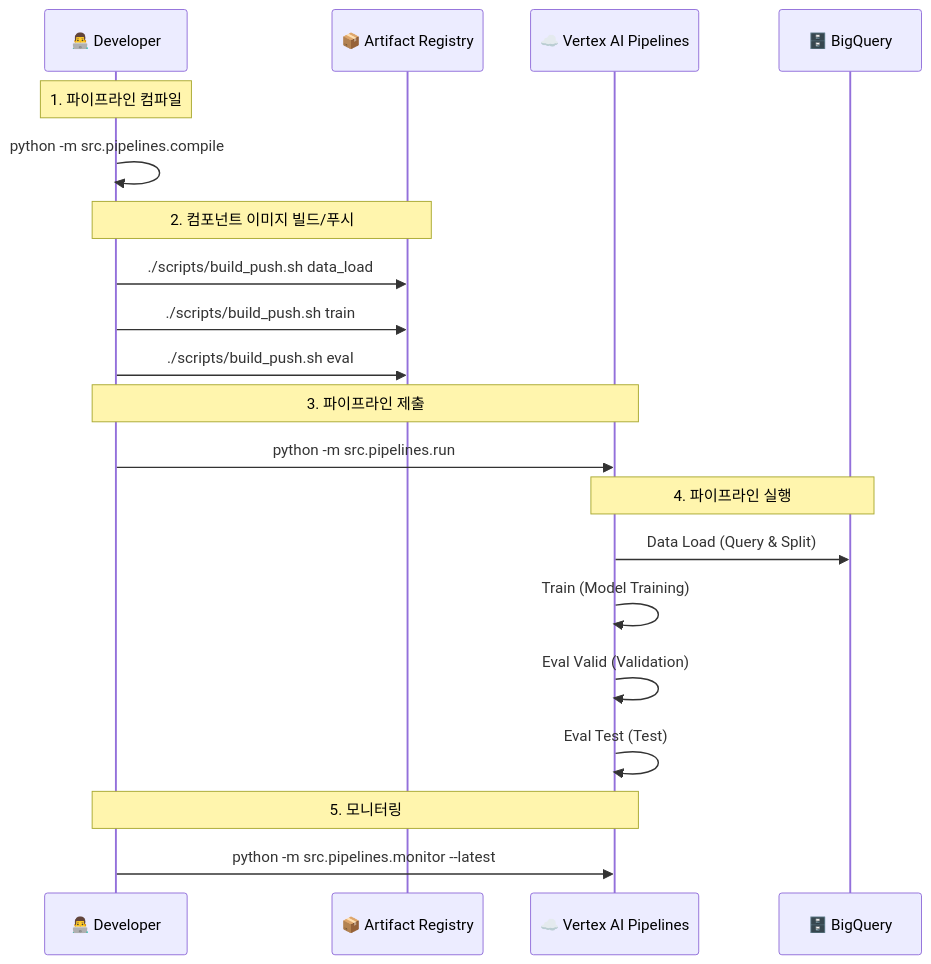
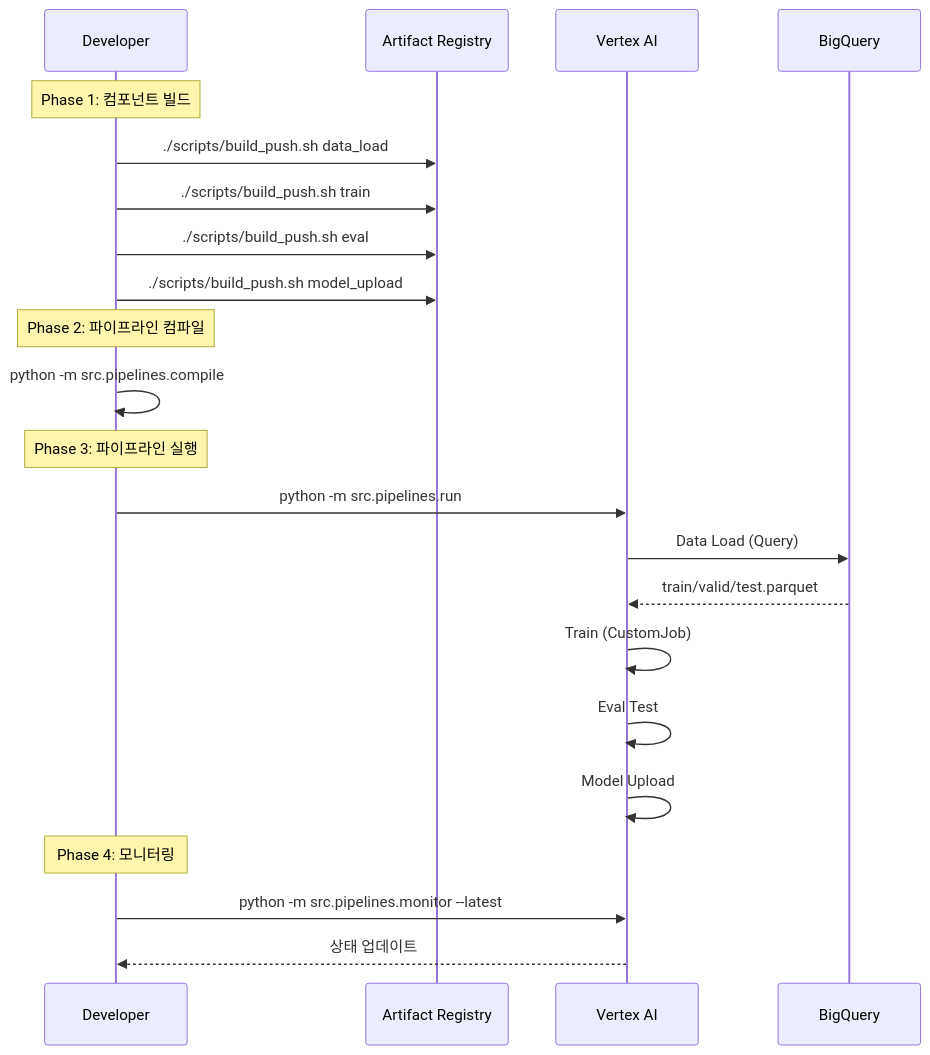
Before and after one commit to chaejinjeong-debug/VertexAI: the fourth of 7 diagrams in docs/MLOps_Pipeline_Process.md, drawn with Mermaid. The commit also changed other lines of this file, not shown here.

First line of the commit message:
Update MLOps docs with Feature Store Dual-Layer architecture

````diff
--- a/docs/MLOps_Pipeline_Process.md
+++ b/docs/MLOps_Pipeline_Process.md
@@ -110,27 +162,29 @@
 ```mermaid
 sequenceDiagram
-    participant Dev as 👨‍💻 Developer
-    participant AR as 📦 Artifact Registry
-    participant VAI as ☁️ Vertex AI Pipelines
-    participant BQ as 🗄️ BigQuery
+    participant Dev as Developer
+    participant AR as Artifact Registry
+    participant VAI as Vertex AI
+    participant BQ as BigQuery
 
-    Note over Dev: 1. 파이프라인 컴파일
-    Dev->>Dev: python -m src.pipelines.compile
-
-    Note over Dev,AR: 2. 컴포넌트 이미지 빌드/푸시
+    Note over Dev: Phase 1: 컴포넌트 빌드
     Dev->>AR: ./scripts/build_push.sh data_load
     Dev->>AR: ./scripts/build_push.sh train
     Dev->>AR: ./scripts/build_push.sh eval
+    Dev->>AR: ./scripts/build_push.sh model_upload
 
-    Note over Dev,VAI: 3. 파이프라인 제출
+    Note over Dev: Phase 2: 파이프라인 컴파일
+    Dev->>Dev: python -m src.pipelines.compile
+
+    Note over Dev: Phase 3: 파이프라인 실행
     Dev->>VAI: python -m src.pipelines.run
 
-    Note over VAI,BQ: 4. 파이프라인 실행
-    VAI->>BQ: Data Load (Query & Split)
-    VAI->>VAI: Train (Model Training)
-    VAI->>VAI: Eval Valid (Validation)
-    VAI->>VAI: Eval Test (Test)
+    VAI->>BQ: Data Load (Query)
+    BQ-->>VAI: train/valid/test.parquet
+    VAI->>VAI: Train (CustomJob)
+    VAI->>VAI: Eval Test
+    VAI->>VAI: Model Upload
 
-    Note over Dev,VAI: 5. 모니터링
+    Note over Dev: Phase 4: 모니터링
     Dev->>VAI: python -m src.pipelines.monitor --latest
+    VAI-->>Dev: 상태 업데이트
 ```
````
